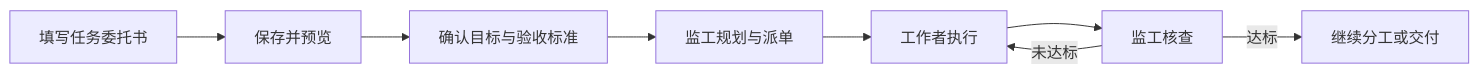
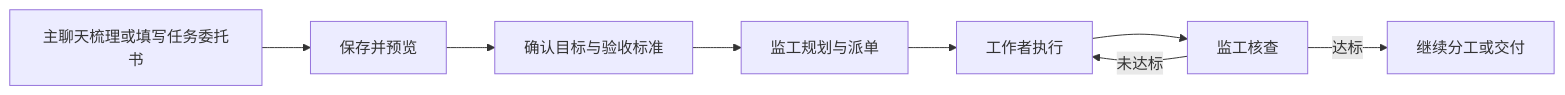
Before and after one commit to wuqiong12-jf/hetero-agent-collaboration: the diagram in README.md, drawn with Mermaid. The commit also changed other lines of this file and 18 other files, not shown here.

````diff
--- a/README.md
+++ b/README.md
@@ -141,10 +151,10 @@
 ```mermaid
 flowchart LR
-    A[填写任务委托书] --> P[保存并预览]
+    A[主聊天梳理或填写任务委托书] --> P[保存并预览]
     P --> Q[确认目标与验收标准]
     Q --> B[监工规划与派单]
     B --> C[工作者执行]
     C --> D[监工核查]
     D -->|达标| E[继续分工或交付]
     D -->|未达标| C
 ```
````
